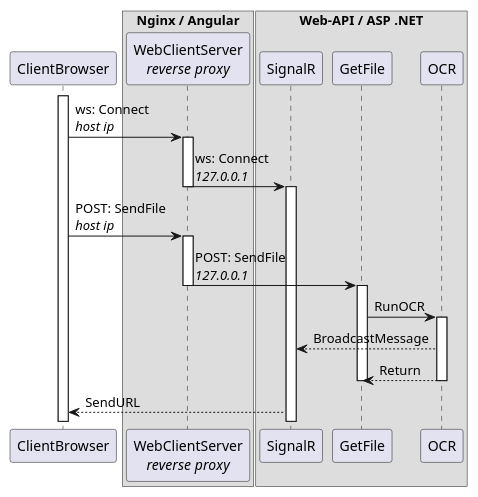
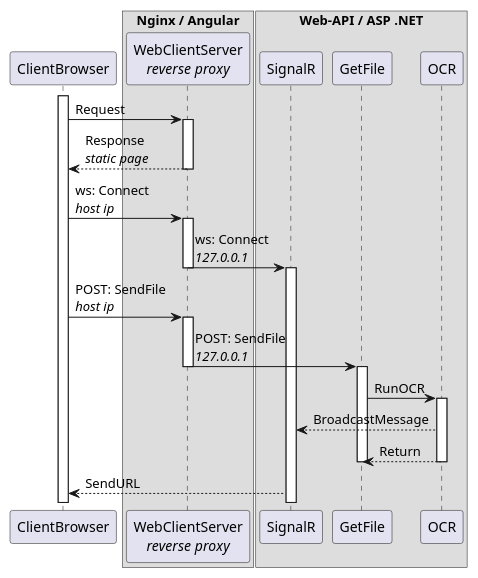
One commit to Aviatore/pdfocrback changed the diagram in sequence_diagram_v2.pu. Above: the diagram before and after it, drawn with PlantUML.

Commit message:
Modify the diagarm

```diff
--- a/sequence_diagram_v2.pu
+++ b/sequence_diagram_v2.pu
@@ -1,40 +1,45 @@
 @startuml
 
 participant ClientBrowser
 
 box Nginx / Angular
 participant "WebClientServer\n//reverse proxy//" as WebClientServer
 end box
 
 box Web-API / ASP .NET
 participant SignalR
 participant GetFile
 participant OCR
 end box
 
 activate ClientBrowser
+
+ClientBrowser -> WebClientServer: Request
+activate WebClientServer
+WebClientServer --> ClientBrowser: Response\n//static page//
+deactivate WebClientServer
 
 ClientBrowser -> WebClientServer: ws: Connect\n//host ip//
 activate WebClientServer
 WebClientServer -> SignalR: ws: Connect\n//127.0.0.1//
 deactivate WebClientServer
 activate SignalR
 
 ClientBrowser -> WebClientServer: POST: SendFile\n//host ip//
 activate WebClientServer
 WebClientServer -> GetFile: POST: SendFile\n//127.0.0.1//
 deactivate WebClientServer
 activate GetFile
 
 GetFile -> OCR: RunOCR
 activate OCR
 
 OCR --> SignalR: BroadcastMessage
 OCR --> GetFile: Return
 deactivate OCR
 deactivate GetFile
 
 SignalR --> ClientBrowser: SendURL
 
 
 @enduml
```
